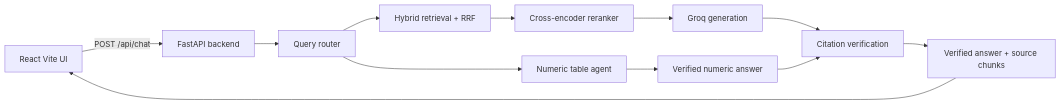
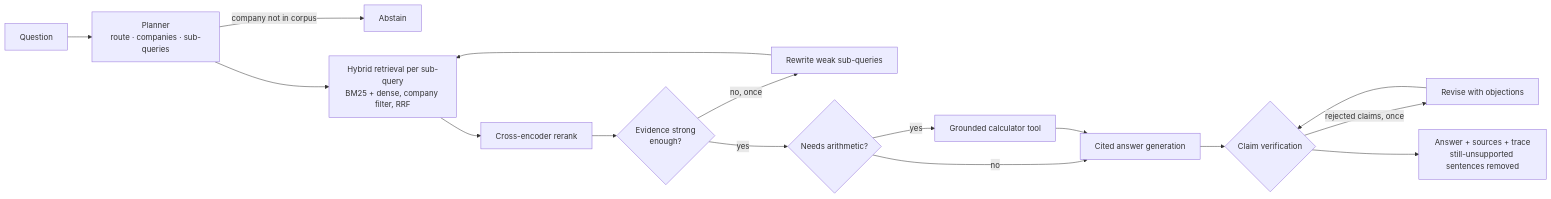
Before and after one commit to Rachit1903/FinDocGPT: the diagram in README.md, drawn with Mermaid. The commit also changed other lines of this file and 2346 other files, not shown here.

````diff
--- a/README.md
+++ b/README.md
@@ -83,14 +41,16 @@
 ```mermaid
 flowchart LR
-	A[React Vite UI] -->|POST /api/chat| B[FastAPI backend]
-	B --> C[Query router]
-	C --> D[Hybrid retrieval + RRF]
-	D --> E[Cross-encoder reranker]
-	C --> F[Numeric table agent]
-	E --> G[Groq generation]
-	F --> H[Verified numeric answer]
-	G --> I[Citation verification]
-	H --> I
-	I --> J[Verified answer + source chunks]
-	J --> A
+    Q[Question] --> P[Planner<br/>route · companies · sub-queries]
+    P -- company not in corpus --> X[Abstain]
+    P --> R[Hybrid retrieval per sub-query<br/>BM25 + dense, company filter, RRF]
+    R --> RR[Cross-encoder rerank]
+    RR --> A{Evidence strong<br/>enough?}
+    A -- no, once --> W[Rewrite weak sub-queries] --> R
+    A -- yes --> C{Needs arithmetic?}
+    C -- yes --> K[Grounded calculator tool]
+    C -- no --> G
+    K --> G[Cited answer generation]
+    G --> V{Claim verification}
+    V -- rejected claims, once --> RV[Revise with objections] --> V
+    V --> O[Answer + sources + trace<br/>still-unsupported sentences removed]
 ```
````
